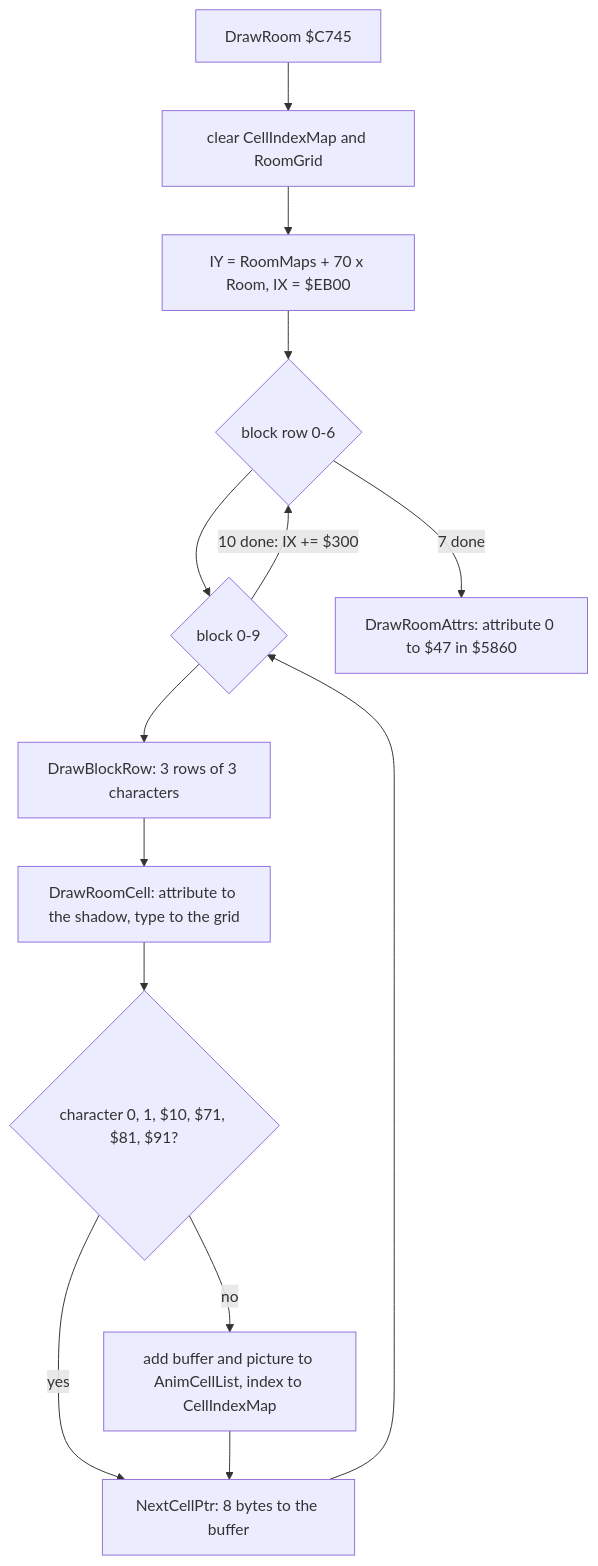
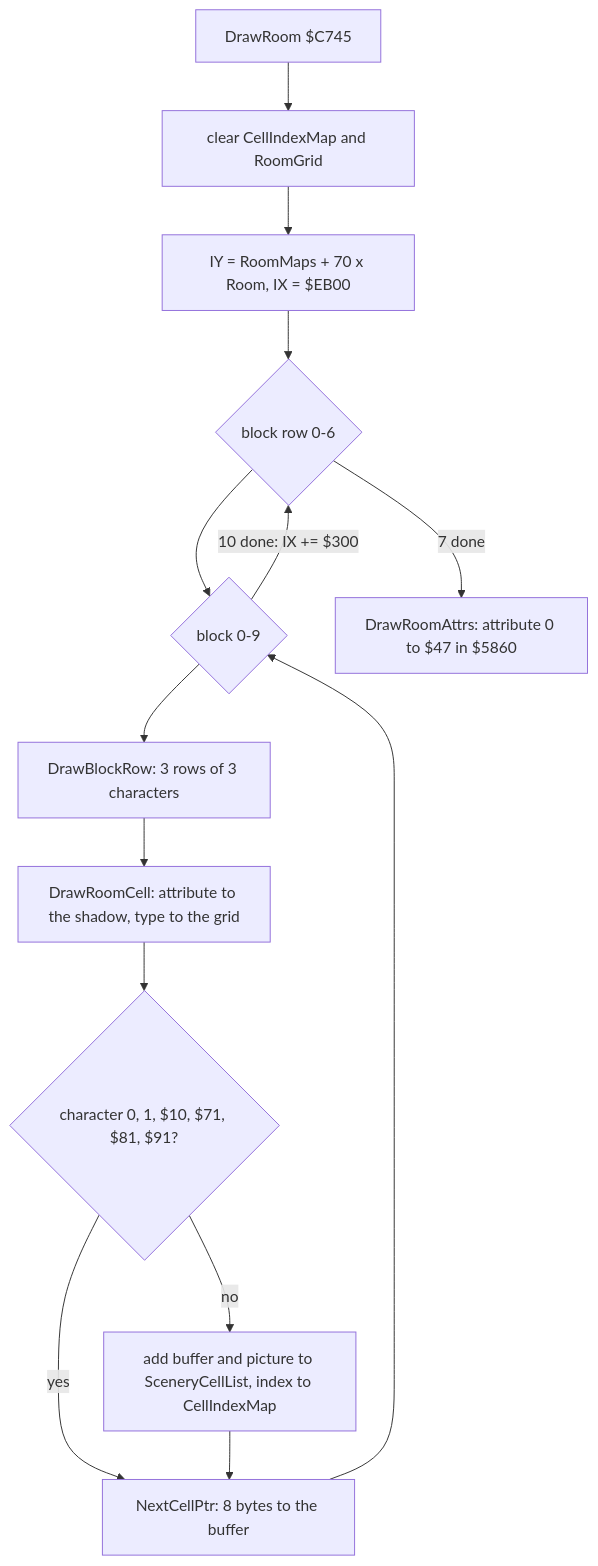
The third of 11 diagrams in games/rex/docs/06-rendering.md (alfishe/unrealng-reverse-cases), drawn with Mermaid before and after one commit. The commit also changed other lines of this file and 98 other files, not shown here.

````diff
--- a/games/rex/docs/06-rendering.md
+++ b/games/rex/docs/06-rendering.md
@@ -233,16 +233,16 @@
 ```mermaid
 flowchart TD
     A["DrawRoom $C745"] --> B["clear CellIndexMap and RoomGrid"]
     B --> C["IY = RoomMaps + 70 x Room, IX = $EB00"]
     C --> D{"block row 0-6"}
     D --> E{"block 0-9"}
     E --> F["DrawBlockRow: 3 rows of 3 characters"]
     F --> G["DrawRoomCell: attribute to the shadow, type to the grid"]
     G --> H{"character 0, 1, $10, $71, $81, $91?"}
-    H -- "no" --> I["add buffer and picture to AnimCellList, index to CellIndexMap"]
+    H -- "no" --> I["add buffer and picture to SceneryCellList, index to CellIndexMap"]
     H -- "yes" --> J["NextCellPtr: 8 bytes to the buffer"]
     I --> J
     J --> E
     E -- "10 done: IX += $300" --> D
     D -- "7 done" --> K["DrawRoomAttrs: attribute 0 to $47 in $5860"]
 ```
````
